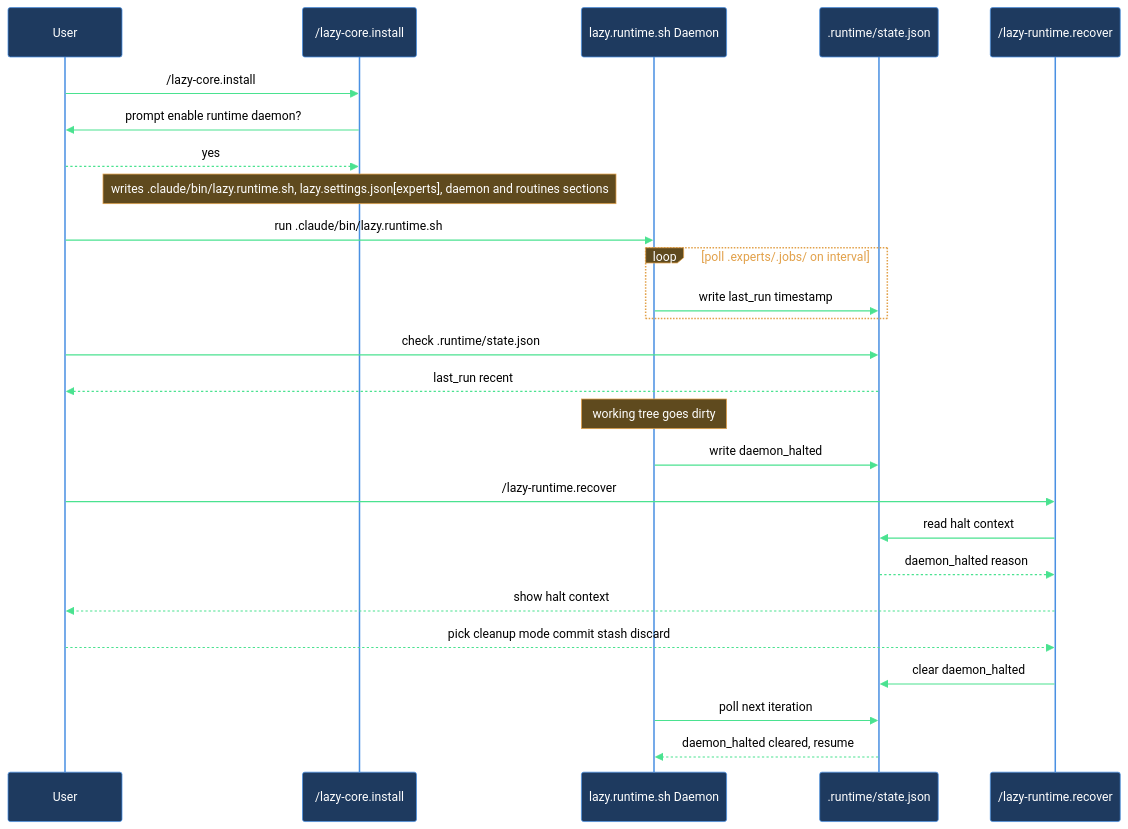
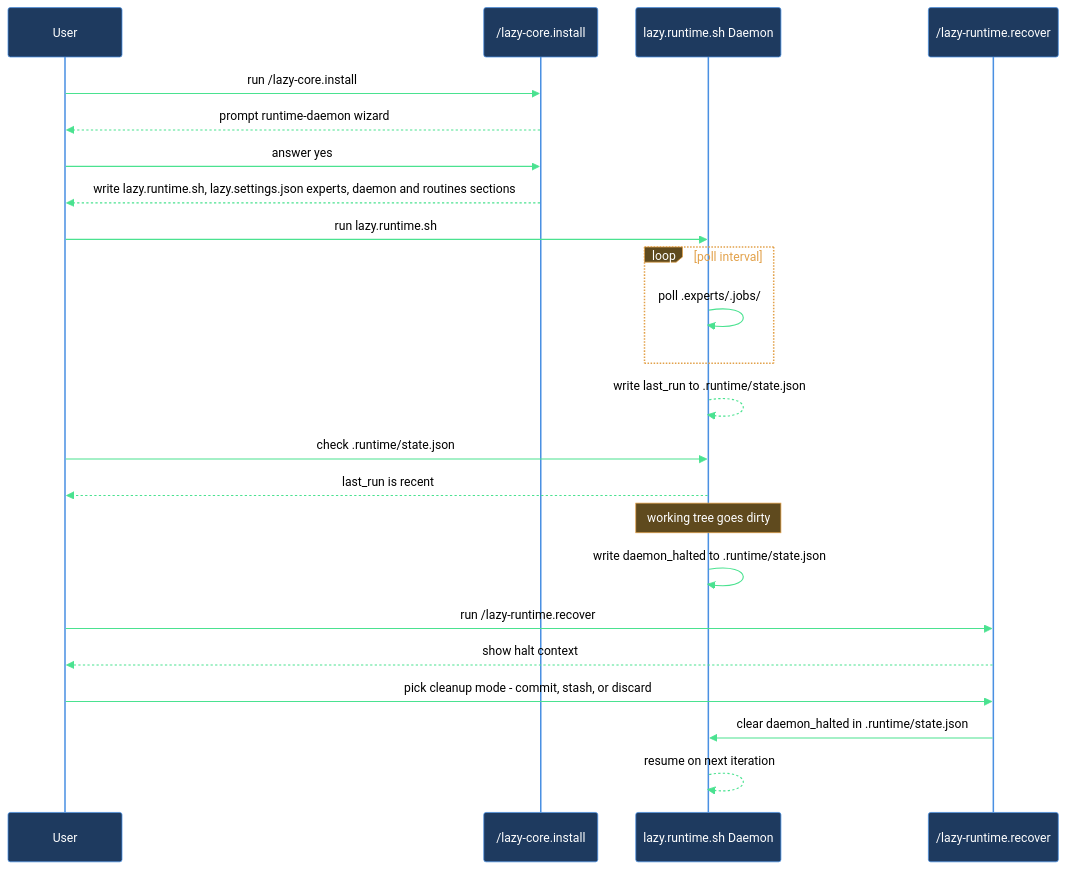
One commit to mebius-san/lazy-cortex changed the diagram in claude/lazycortex-core/help/walkthroughs/setup-runtime.md. Above: the diagram before and after it, drawn with Mermaid. The commit also changed other lines of this file and 28 other files, not shown here.

````diff
--- a/claude/lazycortex-core/help/walkthroughs/setup-runtime.md
+++ b/claude/lazycortex-core/help/walkthroughs/setup-runtime.md
@@ -80,32 +80,29 @@
 ```mermaid
 %%{init: {'themeVariables':{'background':'transparent','primaryColor':'#1e3a5f','primaryBorderColor':'#4a90e2','primaryTextColor':'#fff','lineColor':'#4ae290','actorBkg':'#1e3a5f','actorBorder':'#4a90e2','actorTextColor':'#fff','actorLineColor':'#4a90e2','signalColor':'#4ae290','signalTextColor':'#000','noteBkgColor':'#5f4a1e','noteBorderColor':'#e2a14a','noteTextColor':'#fff','labelBoxBkgColor':'#5f4a1e','labelBoxBorderColor':'#e2a14a','labelTextColor':'#fff','loopTextColor':'#e2a14a'},'sequence':{'diagramPadding':5,'useMaxWidth':true}}}%%
 sequenceDiagram
   participant user as User
   participant installWizard as /lazy-core.install
   participant runtimeDaemon as lazy.runtime.sh Daemon
-  participant stateFile as .runtime/state.json
   participant recoverSkill as /lazy-runtime.recover
 
-  user->>installWizard: /lazy-core.install
-  installWizard->>user: prompt enable runtime daemon?
-  user-->>installWizard: yes
-  Note over installWizard: writes .claude/bin/lazy.runtime.sh, lazy.settings.json[experts], daemon and routines sections
+  user->>installWizard: run /lazy-core.install
+  installWizard-->>user: prompt runtime-daemon wizard
+  user->>installWizard: answer yes
+  installWizard-->>user: write lazy.runtime.sh, lazy.settings.json experts, daemon and routines sections
 
-  user->>runtimeDaemon: run .claude/bin/lazy.runtime.sh
-  loop poll .experts/.jobs/ on interval
-    runtimeDaemon->>stateFile: write last_run timestamp
+  user->>runtimeDaemon: run lazy.runtime.sh
+  loop poll interval
+    runtimeDaemon->>runtimeDaemon: poll .experts/.jobs/
   end
-  user->>stateFile: check .runtime/state.json
-  stateFile-->>user: last_run recent
+  runtimeDaemon-->>runtimeDaemon: write last_run to .runtime/state.json
+  user->>runtimeDaemon: check .runtime/state.json
+  runtimeDaemon-->>user: last_run is recent
 
   Note over runtimeDaemon: working tree goes dirty
-  runtimeDaemon->>stateFile: write daemon_halted
-  user->>recoverSkill: /lazy-runtime.recover
-  recoverSkill->>stateFile: read halt context
-  stateFile-->>recoverSkill: daemon_halted reason
+  runtimeDaemon->>runtimeDaemon: write daemon_halted to .runtime/state.json
+  user->>recoverSkill: run /lazy-runtime.recover
   recoverSkill-->>user: show halt context
-  user-->>recoverSkill: pick cleanup mode commit stash discard
-  recoverSkill->>stateFile: clear daemon_halted
-  runtimeDaemon->>stateFile: poll next iteration
-  stateFile-->>runtimeDaemon: daemon_halted cleared, resume
+  user->>recoverSkill: pick cleanup mode - commit, stash, or discard
+  recoverSkill->>runtimeDaemon: clear daemon_halted in .runtime/state.json
+  runtimeDaemon-->>runtimeDaemon: resume on next iteration
 ```
````
